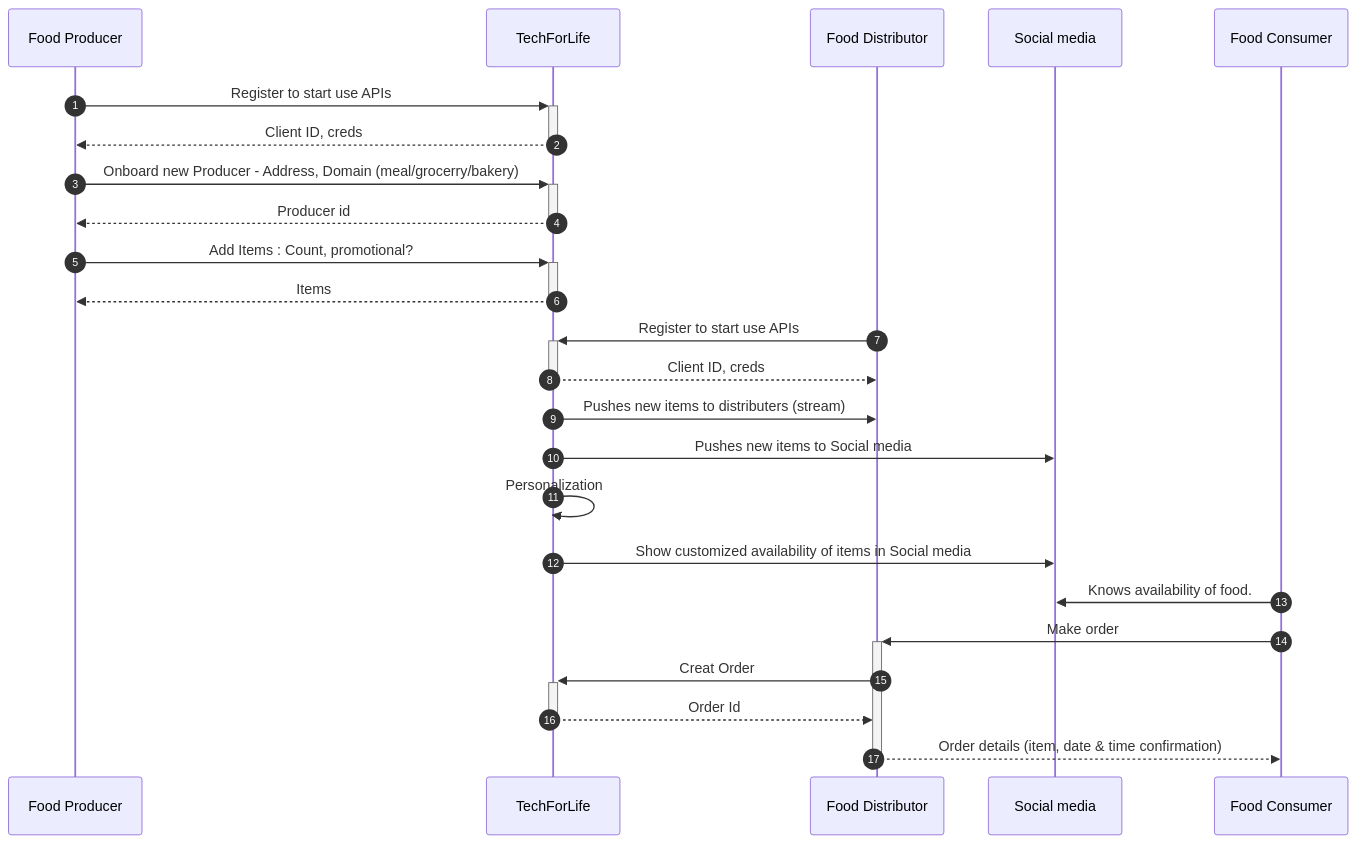
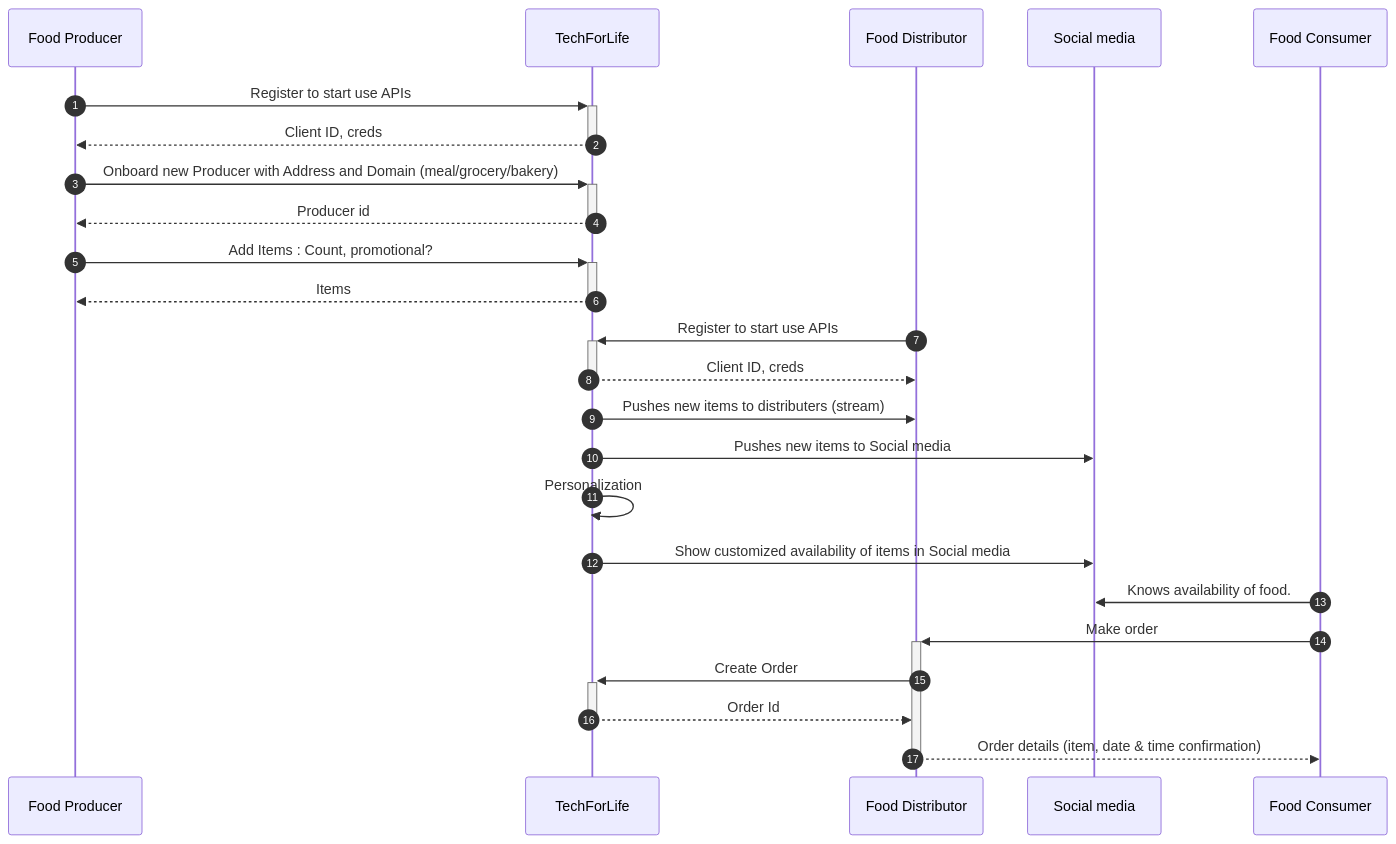
One commit to foodforlife-sreejith824/tech-for-life changed the diagram in README.md. Above: the diagram before and after it, drawn with Mermaid. The commit also changed 4 other files, not shown here.

````diff
--- a/README.md
+++ b/README.md
@@ -5,34 +5,34 @@
 ```mermaid
 
 sequenceDiagram
     autonumber
     participant prod as Food Producer
     participant sys as TechForLife
     
     participant dist as Food Distributor
     participant med as Social media
     participant con as Food Consumer
 
     prod ->>+ sys : Register to start use APIs
     sys -->>- prod : Client ID, creds  
 
-    prod ->>+ sys : Onboard new Producer - Address, Domain (meal/grocerry/bakery)
+    prod ->>+ sys : Onboard new Producer with Address and Domain (meal/grocery/bakery)
     sys -->>- prod : Producer id
     prod ->>+ sys : Add Items : Count, promotional?
     sys -->>- prod : Items
     
     dist ->>+ sys : Register to start use APIs
     sys -->>- dist : Client ID, creds  
 
-    sys ->> dist : Pushes new items to distributers (stream)
+    sys ->> dist : Pushes new items to distributers  (stream)
     
     sys ->> med : Pushes new items to Social media
     sys ->> sys : Personalization
     sys ->> med : Show customized availability of items in Social media
 
     con ->> med : Knows availability of food.
     con ->>+ dist : Make order
-    dist ->>+ sys : Creat Order
+    dist ->>+ sys : Create Order
     sys -->>- dist : Order Id
     dist -->>- con : Order details (item, date & time confirmation)
 ```
````
